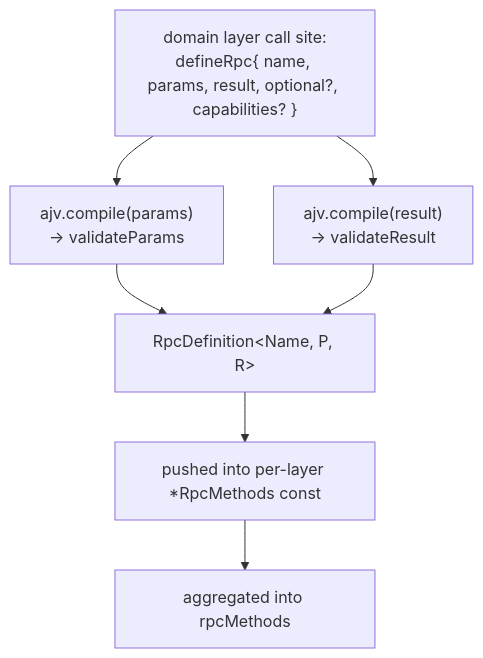
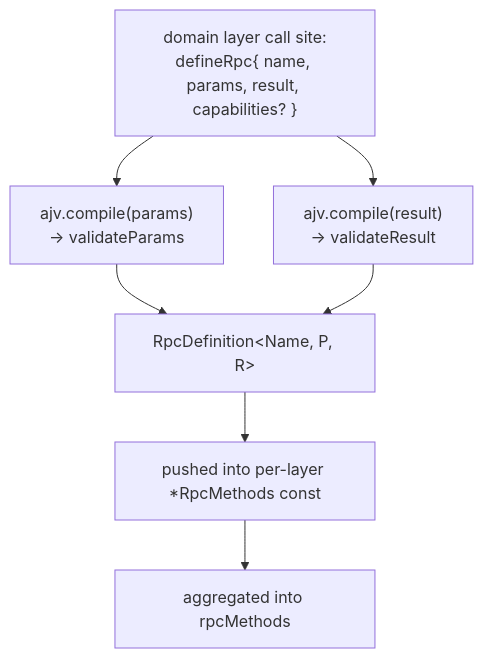
The first of 3 diagrams in docs/modules/protocol/transport.mdx (chughtapan/moltzap), drawn with Mermaid before and after one commit. The commit also changed other lines of this file and 48 other files, not shown here.

````diff
--- a/docs/modules/protocol/transport.mdx
+++ b/docs/modules/protocol/transport.mdx
@@ -401,10 +400,10 @@
 ```mermaid
 flowchart TD
-  A["domain layer call site:<br>defineRpc{ name, params, result, optional?, capabilities? }"]
+  A["domain layer call site:<br>defineRpc{ name, params, result, capabilities? }"]
   A --> B["ajv.compile(params)<br>→ validateParams"]
   A --> C["ajv.compile(result)<br>→ validateResult"]
   B --> D["RpcDefinition&lt;Name, P, R&gt;"]
   C --> D
   D --> E["pushed into per-layer *RpcMethods const"]
   E --> F["aggregated into rpcMethods"]
 ```
````
